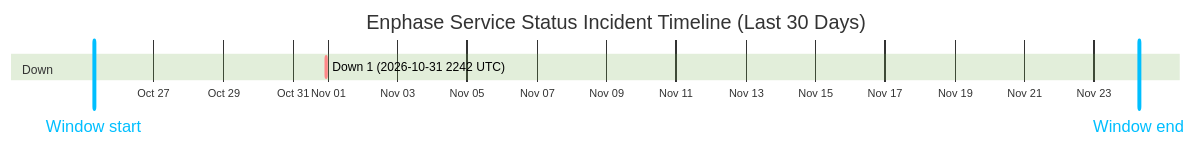
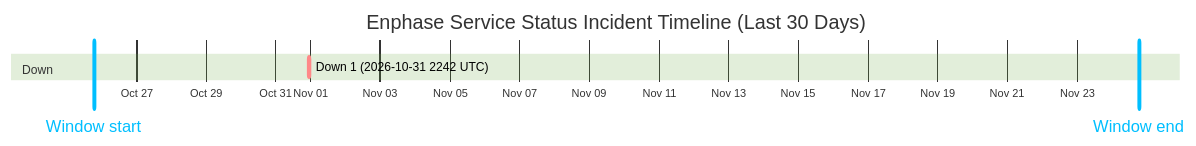
One commit to barneyonline/ha-enphase-energy changed the diagram in wiki/Service-Status-History.md. Above: the diagram before and after it, drawn with Mermaid (forest theme). The commit also changed other lines of this file and 3 other files, not shown here.

````diff
--- a/wiki/Service-Status-History.md
+++ b/wiki/Service-Status-History.md
@@ -14,10 +14,10 @@
 ```mermaid
 gantt
     title Enphase Service Status Incident Timeline (Last 30 Days)
     dateFormat  YYYY-MM-DDTHH:mm:ss
     axisFormat  %b %d
-    Window start :vert, window-start, 2026-10-25T06:45:40, 0ms
-    Window end :vert, window-end, 2026-11-24T06:45:40, 0ms
+    Window start :vert, window-start, 2026-10-25T18:38:41, 0ms
+    Window end :vert, window-end, 2026-11-24T18:38:41, 0ms
     section Down
     Down 1 (2026-10-31 2242 UTC) :crit, down-1, 2026-10-31T22:42:18, 60m
 ```
````
